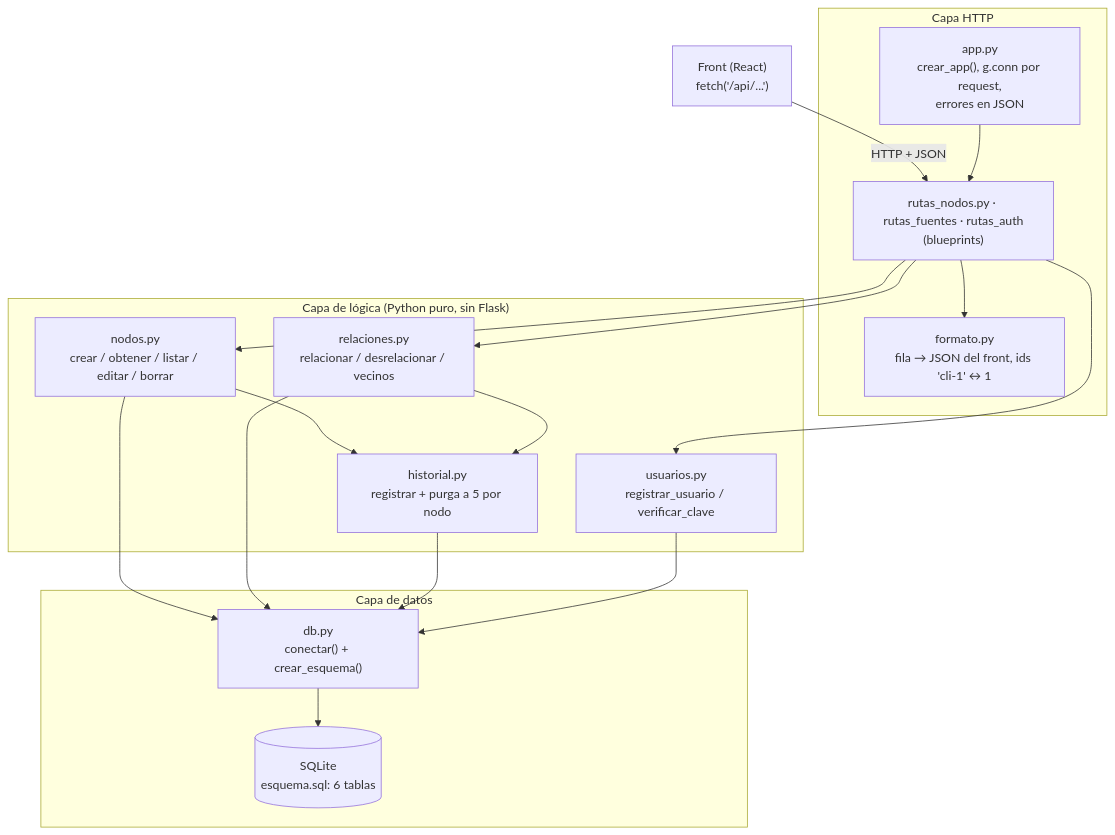
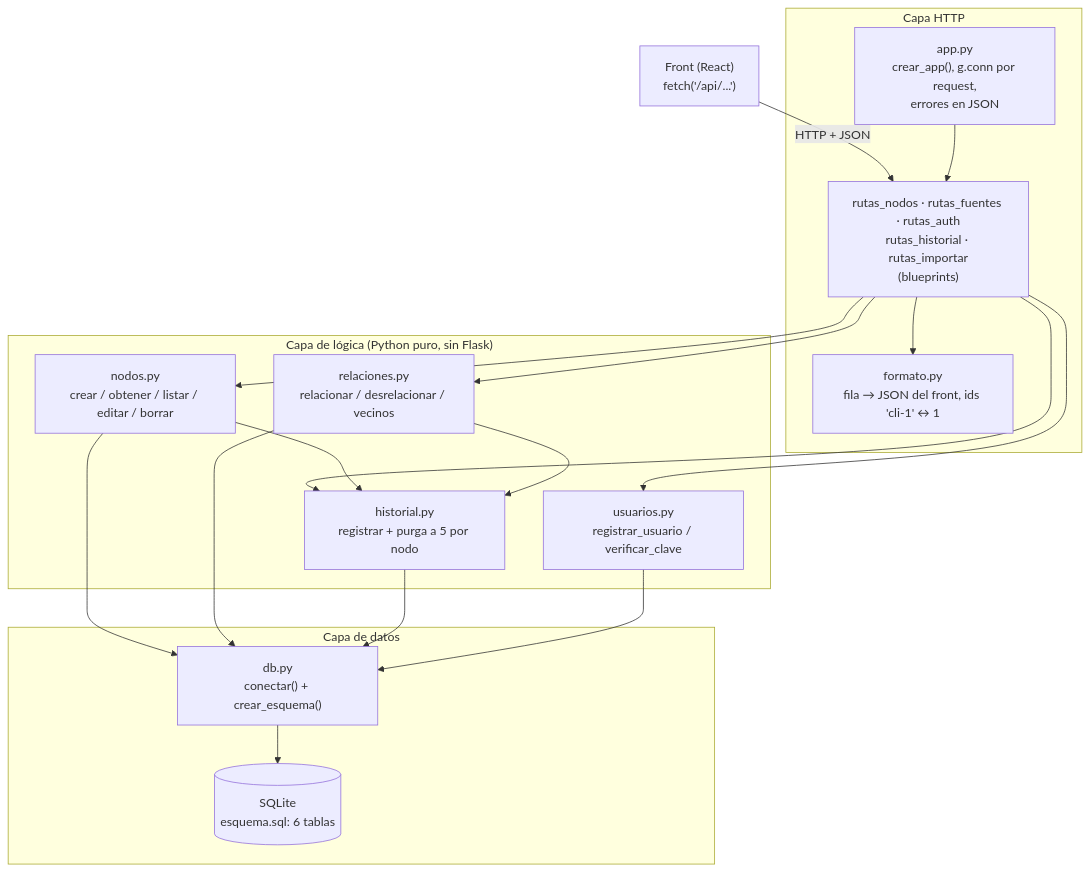
One commit to LDWinter/bd-desde-cero changed the first of 2 diagrams in docs/BACKEND.md. Above: the diagram before and after it, drawn with Mermaid. The commit also changed other lines of this file and 3 other files, not shown here.

````diff
--- a/docs/BACKEND.md
+++ b/docs/BACKEND.md
@@ -49,25 +38,25 @@
 ```mermaid
 flowchart TD
     F["Front (React)<br/>fetch('/api/...')"] -->|HTTP + JSON| R
     subgraph API["Capa HTTP"]
         A["app.py<br/>crear_app(), g.conn por request,<br/>errores en JSON"]
-        R["rutas_nodos.py · rutas_fuentes · rutas_auth<br/>(blueprints)"]
+        R["rutas_nodos · rutas_fuentes · rutas_auth<br/>rutas_historial · rutas_importar<br/>(blueprints)"]
         FM["formato.py<br/>fila → JSON del front, ids 'cli-1' ↔ 1"]
     end
     subgraph LOG["Capa de lógica (Python puro, sin Flask)"]
         N["nodos.py<br/>crear / obtener / listar / editar / borrar"]
         RE["relaciones.py<br/>relacionar / desrelacionar / vecinos"]
         H["historial.py<br/>registrar + purga a 5 por nodo"]
         U["usuarios.py<br/>registrar_usuario / verificar_clave"]
     end
     subgraph BD["Capa de datos"]
         D["db.py<br/>conectar() + crear_esquema()"]
         E[("SQLite<br/>esquema.sql: 6 tablas")]
     end
     A --> R
     R --> FM
-    R --> N & RE & U
+    R --> N & RE & H & U
     N --> H
     RE --> H
     N & RE & H & U --> D --> E
 ```
````
